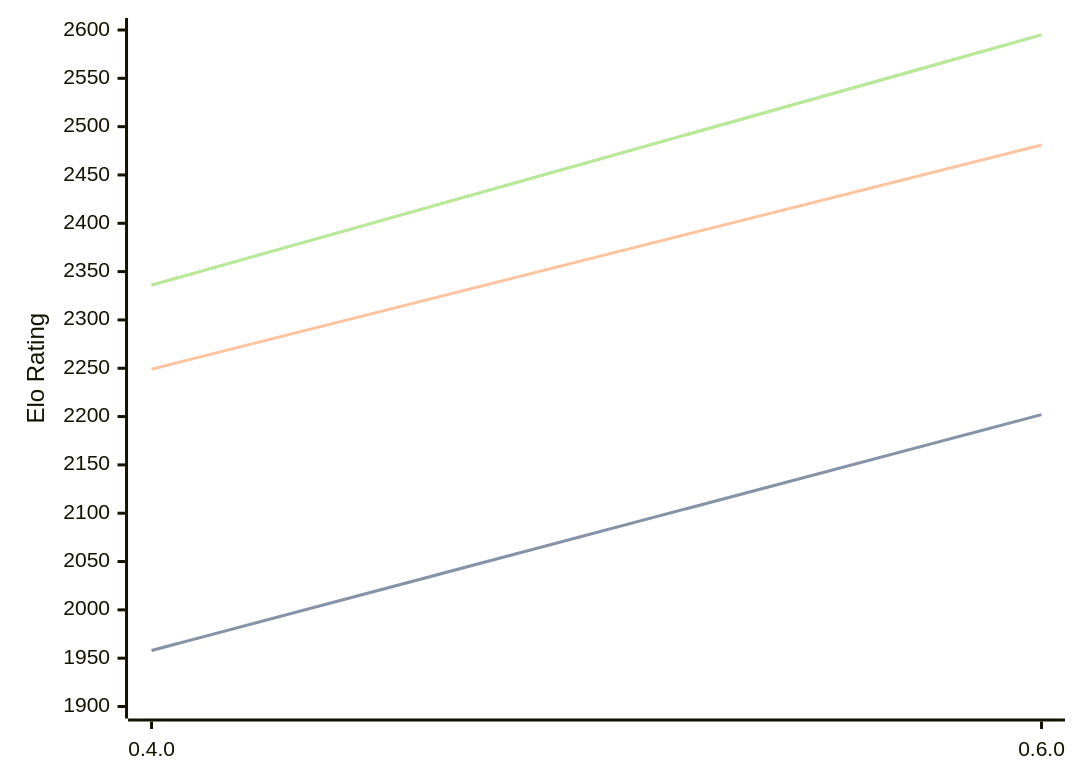
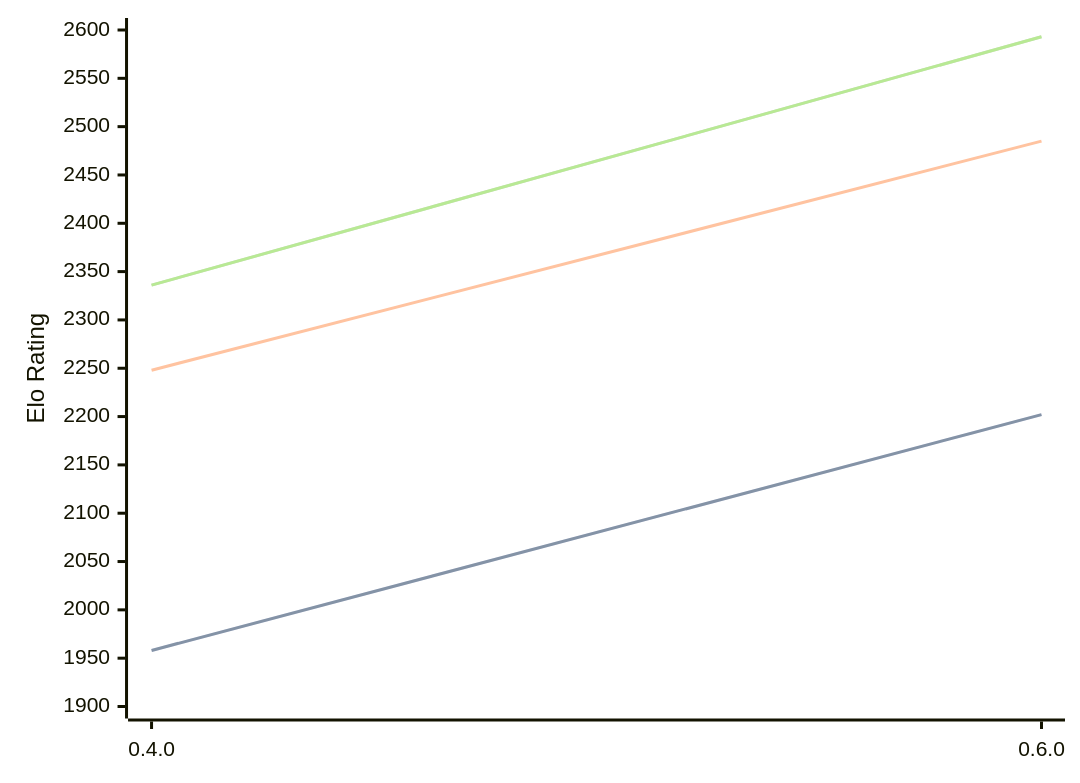
Before and after one commit to computer-chess-index/cci: the diagram in engines/Ariadne.md, drawn with Mermaid. The commit also changed other lines of this file, not shown here.

Commit message:
Update CCI Ratings (ELO VLTC) - 2026-09-11

````diff
--- a/engines/Ariadne.md
+++ b/engines/Ariadne.md
@@ -36,11 +36,11 @@
 ```mermaid
 %%{init: {"theme":"base","themeVariables":{"seriesColors:['#a3a3a3','#222221','#faa371']}}}%%
 xychart-beta
   x-axis ["0.4.0", "0.6.0"]
   y-axis "Elo Rating" 1900 --> 2600
   line "" [1958, 2202]
   line "STC (8.0+0.08s)" [1958, 2202]
-  line "LTC (60.0+0.60s)" [2249, 2481]
-  line "" [2336, 2595]
-  line "VLTC (2m24s+1.12s)" [2336, 2595]
+  line "LTC (60.0+0.60s)" [2248, 2485]
+  line "" [2336, 2593]
+  line "VLTC (2m24s+1.12s)" [2336, 2593]
 ```
````
